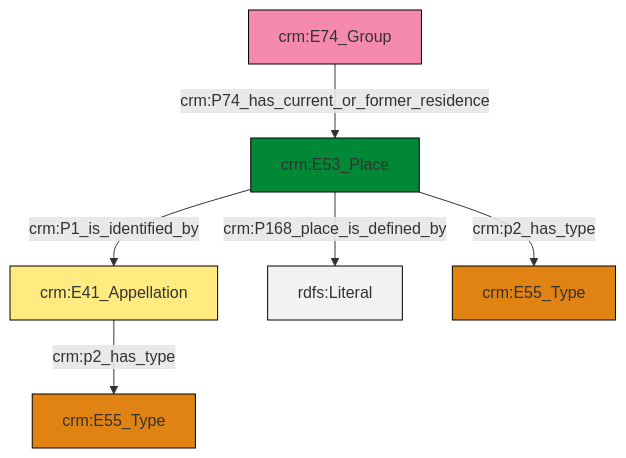
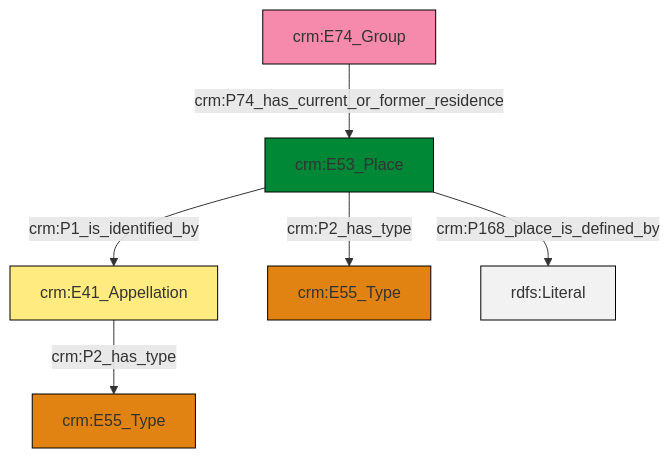
One commit to swiss-art-research-net/docs.swissartresearch changed the diagram in et/groupCSV/ttl/mmd/group_location.ttl.mmd. Above: the diagram before and after it, drawn with Mermaid. The commit also changed 213 other files, not shown here.

```diff
--- a/et/groupCSV/ttl/mmd/group_location.ttl.mmd
+++ b/et/groupCSV/ttl/mmd/group_location.ttl.mmd
@@ -1,20 +1,20 @@
 graph TD
 classDef Literal fill:#f2f2f2,stroke:#000000;
 classDef CRM_Entity fill:#FFFFFF,stroke:#000000;
 classDef Temporal_Entity fill:#00C9E6, stroke:#000000;
 classDef Type fill:#E18312, stroke:#000000;
 classDef Time-Span fill:#2C9C91, stroke:#000000;
 classDef Appellation fill:#FFEB7F, stroke:#000000;
 classDef Place fill:#008836, stroke:#000000;
 classDef Persistent_Item fill:#B266B2, stroke:#000000;
 classDef Conceptual_Object fill:#FFD700, stroke:#000000;
 classDef Physical_Thing fill:#D2B48C, stroke:#000000;
 classDef Actor fill:#f58aad, stroke:#000000;
 classDef PC_Classes fill:#4ce600, stroke:#000000;
 classDef Multi fill:#cccccc,stroke:#000000;
 
-0["crm:E53_Place"]:::Place -->|crm:P1_is_identified_by| 1["crm:E41_Appellation"]:::Appellation
-0["crm:E53_Place"]:::Place -->|crm:P168_place_is_defined_by| 4[rdfs:Literal]:::Literal
-6["crm:E74_Group"]:::Actor -->|crm:P74_has_current_or_former_residence| 0["crm:E53_Place"]:::Place
-0["crm:E53_Place"]:::Place -->|crm:p2_has_type| 7["crm:E55_Type"]:::Type
-1["crm:E41_Appellation"]:::Appellation -->|crm:p2_has_type| 2["crm:E55_Type"]:::Type
+4["crm:E74_Group"]:::Actor -->|crm:P74_has_current_or_former_residence| 5["crm:E53_Place"]:::Place
+5["crm:E53_Place"]:::Place -->|crm:P1_is_identified_by| 0["crm:E41_Appellation"]:::Appellation
+5["crm:E53_Place"]:::Place -->|crm:P2_has_type| 6["crm:E55_Type"]:::Type
+5["crm:E53_Place"]:::Place -->|crm:P168_place_is_defined_by| 7[rdfs:Literal]:::Literal
+0["crm:E41_Appellation"]:::Appellation -->|crm:P2_has_type| 2["crm:E55_Type"]:::Type
```
